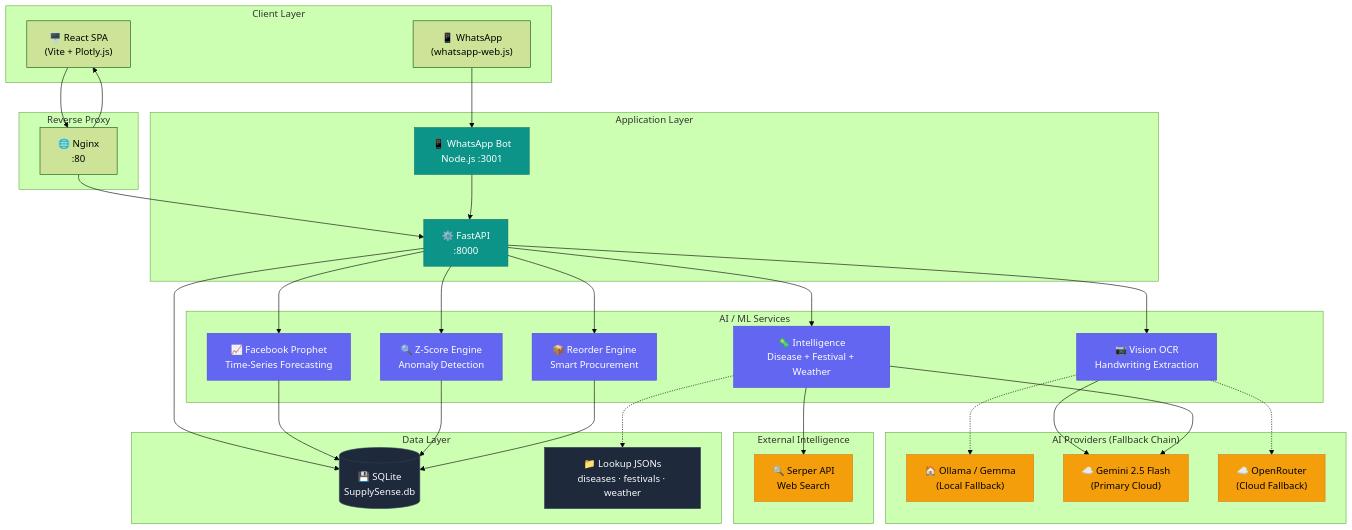
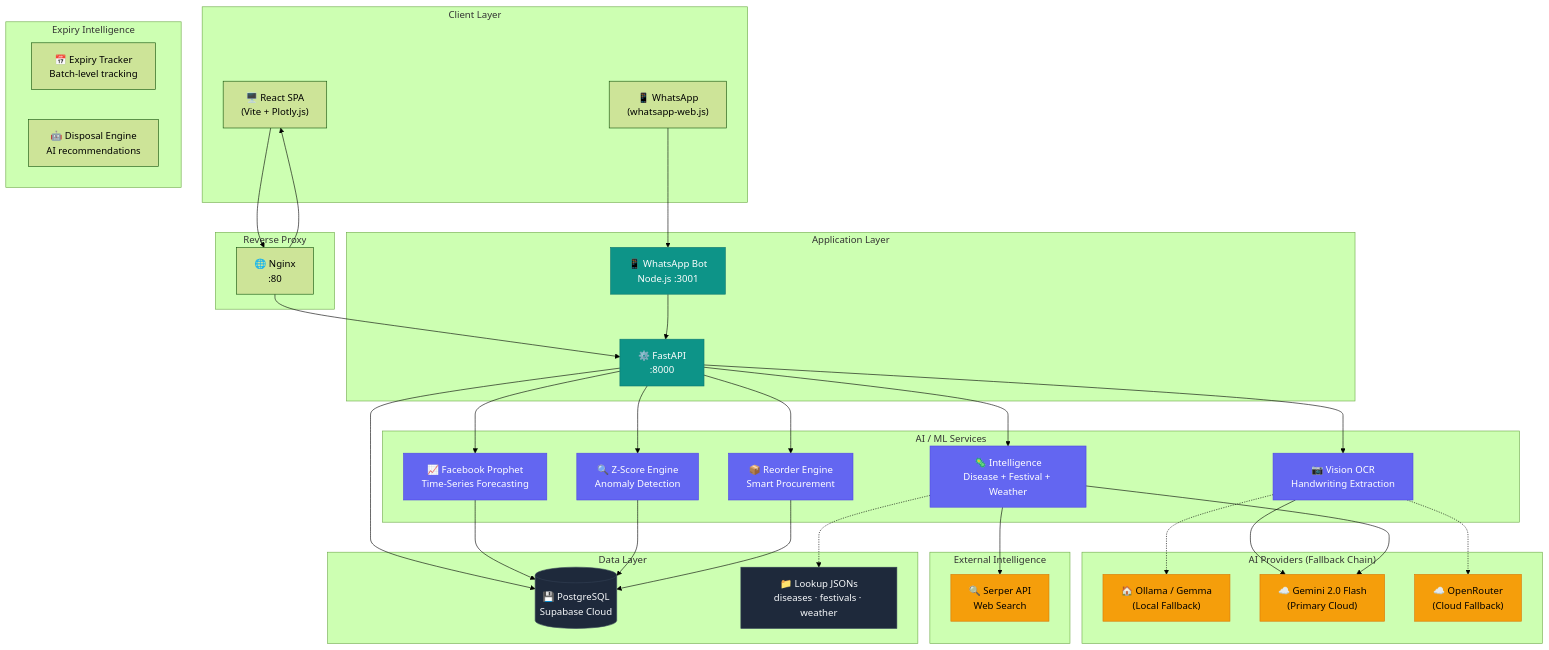
One commit to Arnav1709/natwest-cfp changed the first of 4 diagrams in README.md. Above: the diagram before and after it, drawn with Mermaid (forest theme). The commit also changed other lines of this file and 2 other files, not shown here.

Commit message:
feat: upgrade stack to PostgreSQL, integrate expiry tracking with AI disposal recommendations, and refine the AI fallback chain.

````diff
--- a/README.md
+++ b/README.md
@@ -401,71 +418,76 @@
 ```mermaid
 graph TB
     subgraph "Client Layer"
         WEB["🖥️ React SPA<br/>(Vite + Plotly.js)"]
         WA["📱 WhatsApp<br/>(whatsapp-web.js)"]
     end
 
     subgraph "Reverse Proxy"
         NGX["🌐 Nginx<br/>:80"]
     end
 
     subgraph "Application Layer"
         API["⚙️ FastAPI<br/>:8000"]
         BOT["📱 WhatsApp Bot<br/>Node.js :3001"]
     end
 
     subgraph "AI / ML Services"
         PROPHET["📈 Facebook Prophet<br/>Time-Series Forecasting"]
         ANOMALY["🔍 Z-Score Engine<br/>Anomaly Detection"]
         OCR["📷 Vision OCR<br/>Handwriting Extraction"]
         INTEL["🦠 Intelligence<br/>Disease + Festival + Weather"]
         REORDER["📦 Reorder Engine<br/>Smart Procurement"]
     end
 
     subgraph "AI Providers (Fallback Chain)"
         OLLAMA["🏠 Ollama / Gemma<br/>(Local Fallback)"]
-        GEMINI["☁️ Gemini 2.5 Flash<br/>(Primary Cloud)"]
+        GEMINI["☁️ Gemini 2.0 Flash<br/>(Primary Cloud)"]
         OPENROUTER["☁️ OpenRouter<br/>(Cloud Fallback)"]
+    end
+
+    subgraph "Expiry Intelligence"
+         EXPIRY["📅 Expiry Tracker<br/>Batch-level tracking"]
+         DISPOSAL["🤖 Disposal Engine<br/>AI recommendations"]
     end
 
     subgraph "External Intelligence"
         SERPER["🔍 Serper API<br/>Web Search"]
     end
 
     subgraph "Data Layer"
-        DB[("💾 SQLite<br/>SupplySense.db")]
+        DB[("💾 PostgreSQL<br/>Supabase Cloud")]
         LOOKUP["📁 Lookup JSONs<br/>diseases · festivals · weather"]
     end
 
     WEB --> NGX --> API
     WA --> BOT --> API
     NGX --> WEB
 
     API --> PROPHET
     API --> ANOMALY
     API --> OCR
     API --> INTEL
     API --> REORDER
     API --> DB
 
     OCR --> GEMINI
     INTEL --> SERPER
     INTEL --> GEMINI
     OCR -.-> OLLAMA
     OCR -.-> OPENROUTER
     INTEL -.-> LOOKUP
 
     PROPHET --> DB
     ANOMALY --> DB
     REORDER --> DB
 
     classDef primary fill:#0D9488,stroke:#0F766E,color:#fff
     classDef ai fill:#6366F1,stroke:#4F46E5,color:#fff
     classDef external fill:#F59E0B,stroke:#D97706,color:#000
     classDef data fill:#1E293B,stroke:#334155,color:#F8FAFC
 
     class API,BOT primary
     class PROPHET,ANOMALY,OCR,INTEL,REORDER ai
     class GEMINI,OLLAMA,OPENROUTER,SERPER external
     class DB,LOOKUP data
 ```
````
